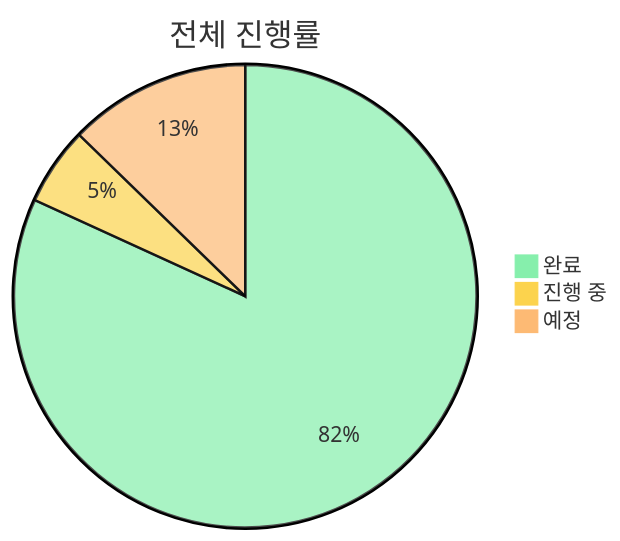
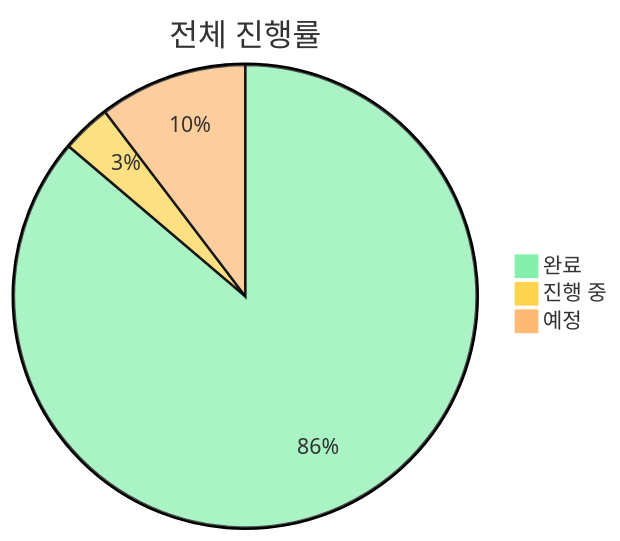
The first of 4 diagrams in TODO.md (baehandoridori/BAEFRAME), drawn with Mermaid before and after one commit. The commit also changed other lines of this file and 28 other files, not shown here.

````diff
--- a/TODO.md
+++ b/TODO.md
@@ -15,7 +15,7 @@
 ```mermaid
 %%{init: {'theme': 'base', 'themeVariables': { 'pie1': '#86efac', 'pie2': '#fcd34d', 'pie3': '#fdba74'}}}%%
 pie title 전체 진행률
-    "완료" : 45
-    "진행 중" : 3
-    "예정" : 7
+    "완료" : 50
+    "진행 중" : 2
+    "예정" : 6
 ```
````
